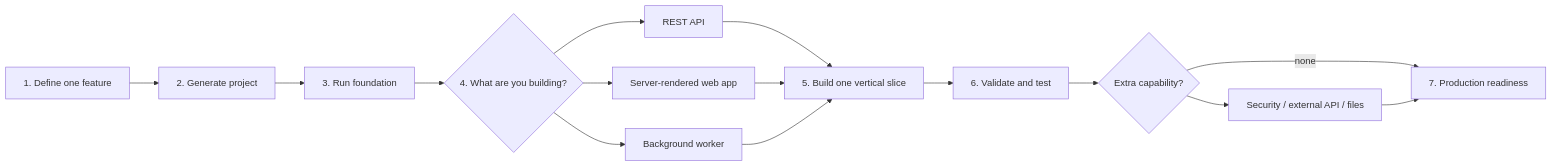
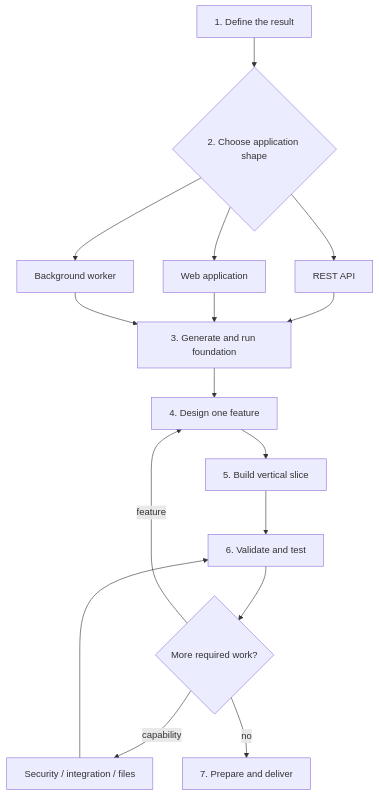
Before and after one commit to SidheshwarSarangal/spring-boot-project-blueprint: the first of 2 diagrams in README.md, drawn with Mermaid. The commit also changed other lines of this file and 4 other files, not shown here.

````diff
--- a/README.md
+++ b/README.md
@@ -7,17 +19,18 @@
 ```mermaid
-flowchart LR
-    A[1. Define one feature] --> B[2. Generate project]
-    B --> C[3. Run foundation]
-    C --> G{4. What are you building?}
-    G --> H[REST API]
-    G --> I[Server-rendered web app]
-    G --> J[Background worker]
-    H --> D[5. Build one vertical slice]
-    I --> D
-    J --> D
-    D --> E[6. Validate and test]
-    E --> K{Extra capability?}
-    K --> L[Security / external API / files]
-    K -->|none| M[7. Production readiness]
-    L --> M
+flowchart TD
+    G1[1. Define the result] --> G2{2. Choose application shape}
+    G2 --> A[REST API]
+    G2 --> B[Web application]
+    G2 --> C[Background worker]
+    A --> G3[3. Generate and run foundation]
+    B --> G3
+    C --> G3
+    G3 --> G4[4. Design one feature]
+    G4 --> G5[5. Build vertical slice]
+    G5 --> G6[6. Validate and test]
+    G6 --> More{More required work?}
+    More -->|feature| G4
+    More -->|capability| Extra[Security / integration / files]
+    Extra --> G6
+    More -->|no| G7[7. Prepare and deliver]
 ```
````
